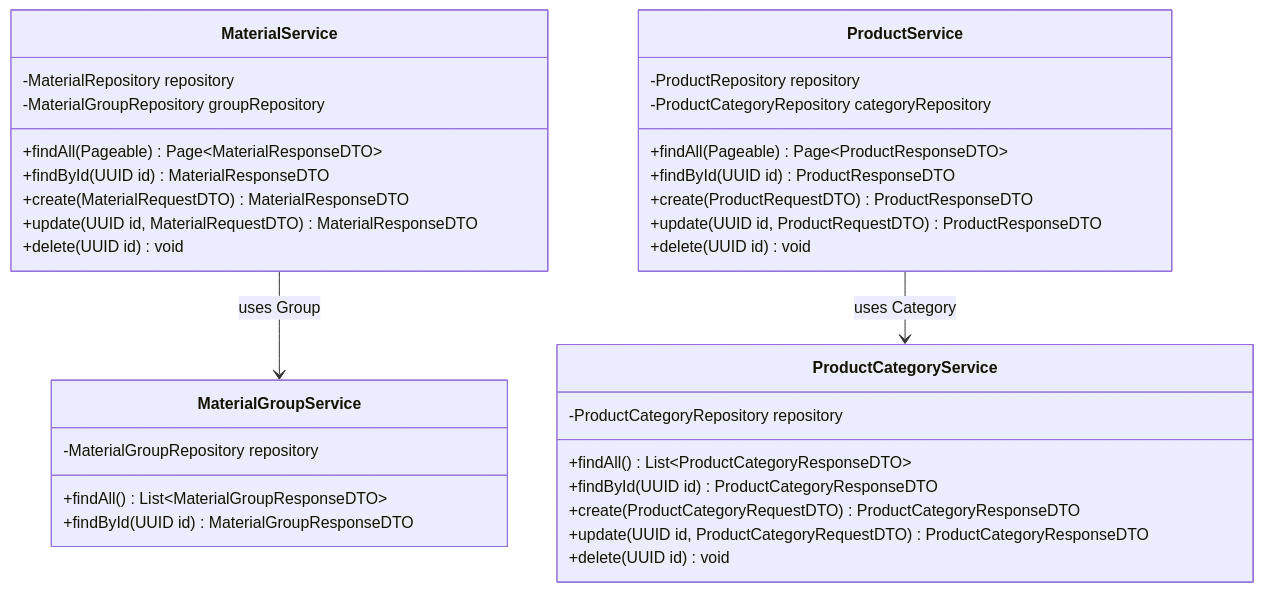
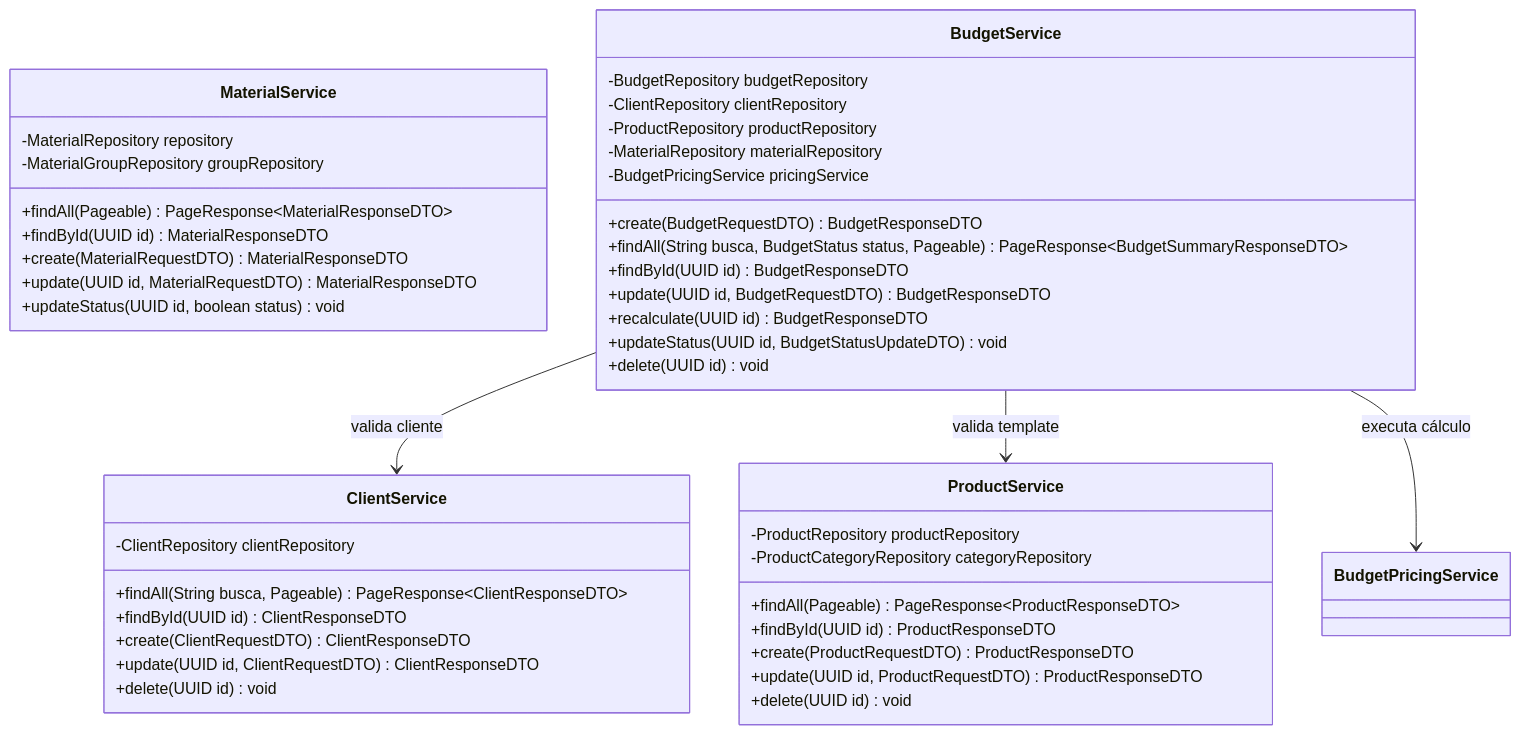
Before and after one commit to ADS-IFPB-SR/alumigest: the third of 4 diagrams in docs/sistema/001-analise-projeto/DCC-Diagramas_de_Classes.md, drawn with Mermaid. The commit also changed other lines of this file and 93 other files, not shown here.

````diff
--- a/docs/sistema/001-analise-projeto/DCC-Diagramas_de_Classes.md
+++ b/docs/sistema/001-analise-projeto/DCC-Diagramas_de_Classes.md
@@ -71,40 +172,50 @@
 ```mermaid
 classDiagram
-    class MaterialGroupService {
-        -MaterialGroupRepository repository
-        +findAll() List~MaterialGroupResponseDTO~
-        +findById(UUID id) MaterialGroupResponseDTO
+    class ClientService {
+        -ClientRepository clientRepository
+        +findAll(String busca, Pageable) PageResponse~ClientResponseDTO~
+        +findById(UUID id) ClientResponseDTO
+        +create(ClientRequestDTO) ClientResponseDTO
+        +update(UUID id, ClientRequestDTO) ClientResponseDTO
+        +delete(UUID id) void
     }
 
     class MaterialService {
         -MaterialRepository repository
         -MaterialGroupRepository groupRepository
-        +findAll(Pageable) Page~MaterialResponseDTO~
+        +findAll(Pageable) PageResponse~MaterialResponseDTO~
         +findById(UUID id) MaterialResponseDTO
         +create(MaterialRequestDTO) MaterialResponseDTO
         +update(UUID id, MaterialRequestDTO) MaterialResponseDTO
-        +delete(UUID id) void
-    }
-
-    class ProductCategoryService {
-        -ProductCategoryRepository repository
-        +findAll() List~ProductCategoryResponseDTO~
-        +findById(UUID id) ProductCategoryResponseDTO
-        +create(ProductCategoryRequestDTO) ProductCategoryResponseDTO
-        +update(UUID id, ProductCategoryRequestDTO) ProductCategoryResponseDTO
-        +delete(UUID id) void
+        +updateStatus(UUID id, boolean status) void
     }
 
     class ProductService {
-        -ProductRepository repository
+        -ProductRepository productRepository
         -ProductCategoryRepository categoryRepository
-        +findAll(Pageable) Page~ProductResponseDTO~
+        +findAll(Pageable) PageResponse~ProductResponseDTO~
         +findById(UUID id) ProductResponseDTO
         +create(ProductRequestDTO) ProductResponseDTO
         +update(UUID id, ProductRequestDTO) ProductResponseDTO
         +delete(UUID id) void
     }
 
-    MaterialService --> MaterialGroupService : uses Group
-    ProductService --> ProductCategoryService : uses Category
+    class BudgetService {
+        -BudgetRepository budgetRepository
+        -ClientRepository clientRepository
+        -ProductRepository productRepository
+        -MaterialRepository materialRepository
+        -BudgetPricingService pricingService
+        +create(BudgetRequestDTO) BudgetResponseDTO
+        +findAll(String busca, BudgetStatus status, Pageable) PageResponse~BudgetSummaryResponseDTO~
+        +findById(UUID id) BudgetResponseDTO
+        +update(UUID id, BudgetRequestDTO) BudgetResponseDTO
+        +recalculate(UUID id) BudgetResponseDTO
+        +updateStatus(UUID id, BudgetStatusUpdateDTO) void
+        +delete(UUID id) void
+    }
+
+    BudgetService --> ClientService : valida cliente
+    BudgetService --> ProductService : valida template
+    BudgetService --> BudgetPricingService : executa cálculo
 ```
````
